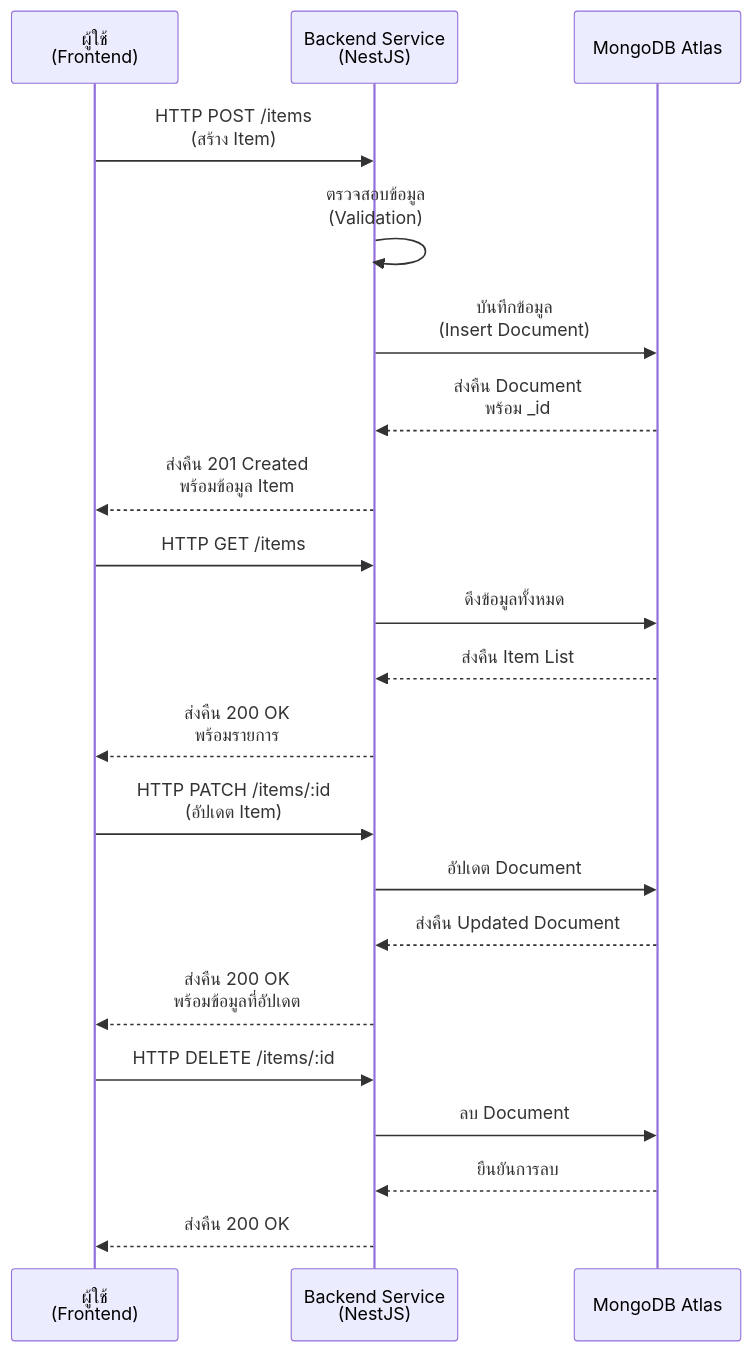
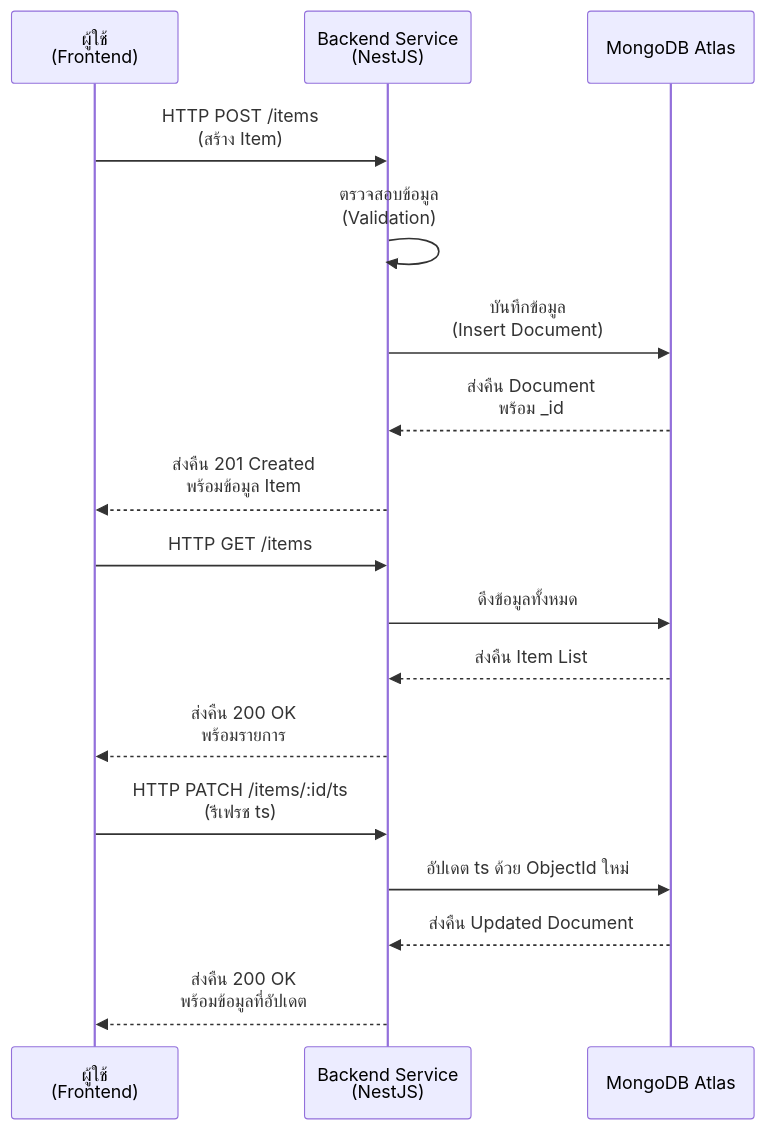
The first of 2 diagrams in backend-service/ARCHITECTURE_DIAGRAMS.md (kanha-p-dev/realtime-event-system), drawn with Mermaid before and after one commit. The commit also changed other lines of this file and 6 other files, not shown here.

````diff
--- a/backend-service/ARCHITECTURE_DIAGRAMS.md
+++ b/backend-service/ARCHITECTURE_DIAGRAMS.md
@@ -13,27 +13,22 @@
 ```mermaid
 sequenceDiagram
     participant ผู้ใช้ as ผู้ใช้<br/>(Frontend)
     participant API as Backend Service<br/>(NestJS)
     participant MongoDB as MongoDB Atlas
 
     ผู้ใช้->>API: HTTP POST /items<br/>(สร้าง Item)
     API->>API: ตรวจสอบข้อมูล<br/>(Validation)
     API->>MongoDB: บันทึกข้อมูล<br/>(Insert Document)
     MongoDB-->>API: ส่งคืน Document<br/>พร้อม _id
     API-->>ผู้ใช้: ส่งคืน 201 Created<br/>พร้อมข้อมูล Item
 
     ผู้ใช้->>API: HTTP GET /items
     API->>MongoDB: ดึงข้อมูลทั้งหมด
     MongoDB-->>API: ส่งคืน Item List
     API-->>ผู้ใช้: ส่งคืน 200 OK<br/>พร้อมรายการ
 
-    ผู้ใช้->>API: HTTP PATCH /items/:id<br/>(อัปเดต Item)
-    API->>MongoDB: อัปเดต Document
+    ผู้ใช้->>API: HTTP PATCH /items/:id/ts<br/>(รีเฟรช ts)
+    API->>MongoDB: อัปเดต ts ด้วย ObjectId ใหม่
     MongoDB-->>API: ส่งคืน Updated Document
     API-->>ผู้ใช้: ส่งคืน 200 OK<br/>พร้อมข้อมูลที่อัปเดต
-
-    ผู้ใช้->>API: HTTP DELETE /items/:id
-    API->>MongoDB: ลบ Document
-    MongoDB-->>API: ยืนยันการลบ
-    API-->>ผู้ใช้: ส่งคืน 200 OK
 ```
````
